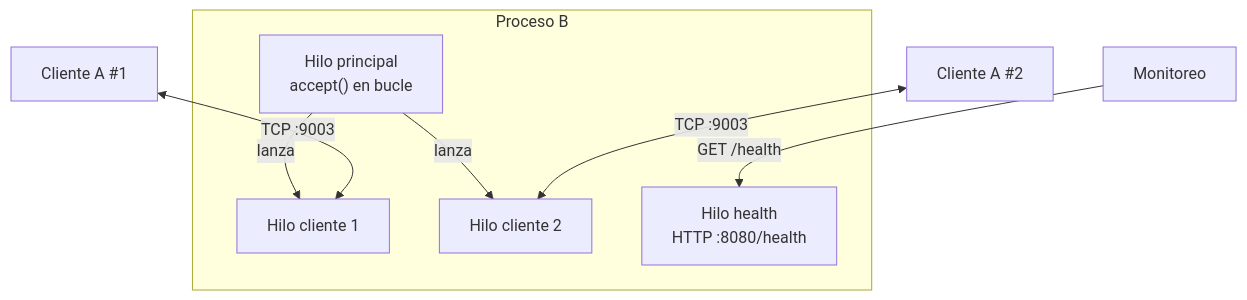
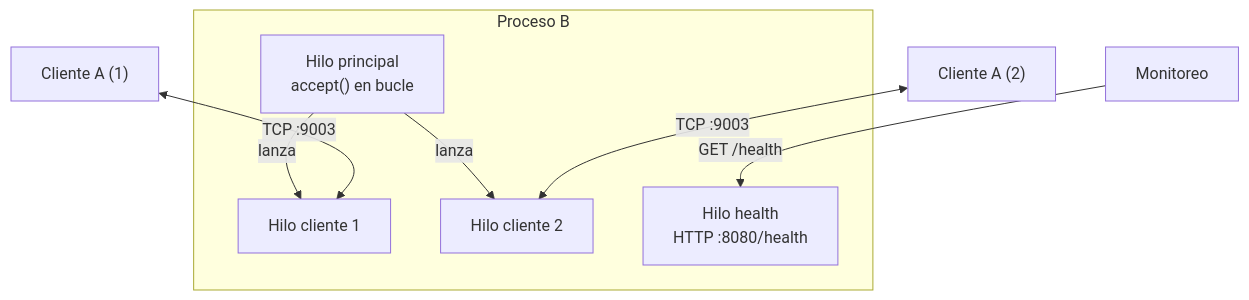
One commit to mnomico/sdypp_tp1 changed the diagram in hit3/README.md. Above: the diagram before and after it, drawn with Mermaid. The commit also changed 3 other files, not shown here.

Commit message:
correciones chicas en los diagramas

````diff
--- a/hit3/README.md
+++ b/hit3/README.md
@@ -8,14 +8,14 @@
 ```mermaid
 graph TB
     subgraph B["Proceso B"]
         L["Hilo principal<br/>accept() en bucle"]
         H1["Hilo cliente 1"]
         H2["Hilo cliente 2"]
         HTTP["Hilo health<br/>HTTP :8080/health"]
         L -->|"lanza"| H1
         L -->|"lanza"| H2
     end
-    A1["Cliente A #1"] <-->|"TCP :9003"| H1
-    A2["Cliente A #2"] <-->|"TCP :9003"| H2
+    A1["Cliente A (1)"] <-->|"TCP :9003"| H1
+    A2["Cliente A (2)"] <-->|"TCP :9003"| H2
     OP["Monitoreo"] -->|"GET /health"| HTTP
 ```
````
